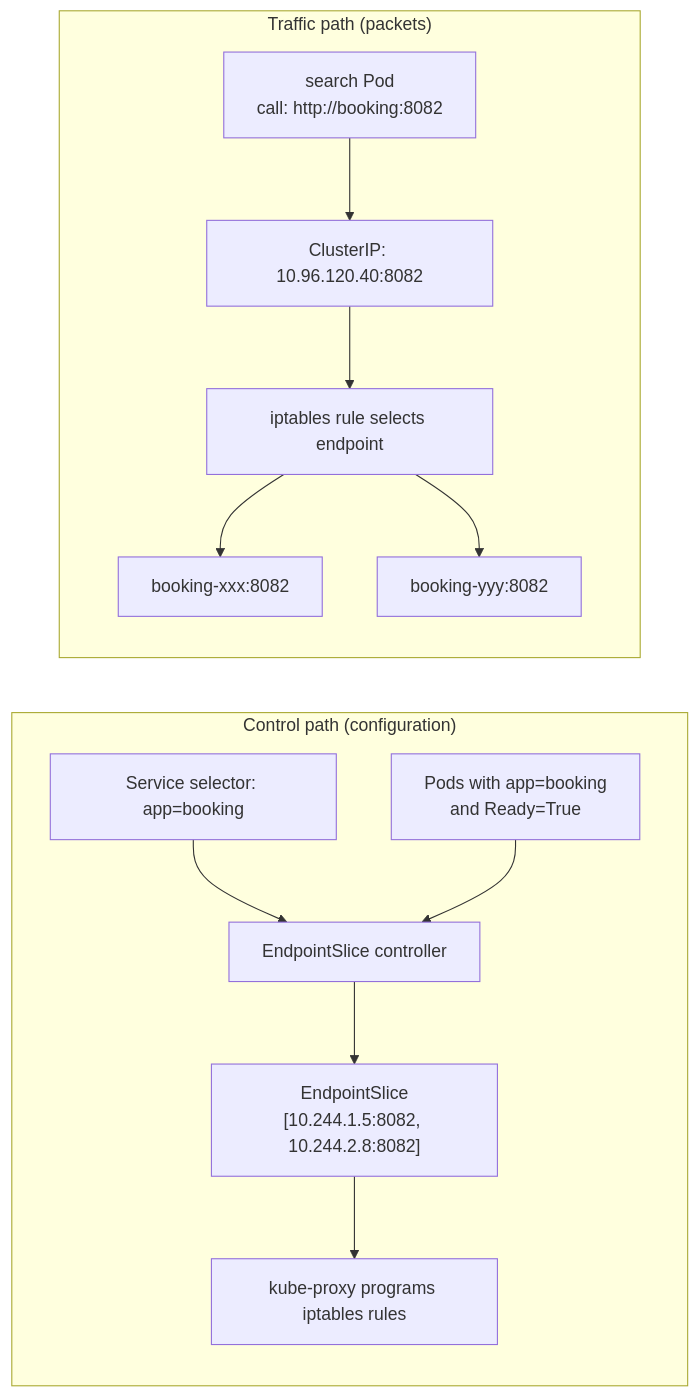
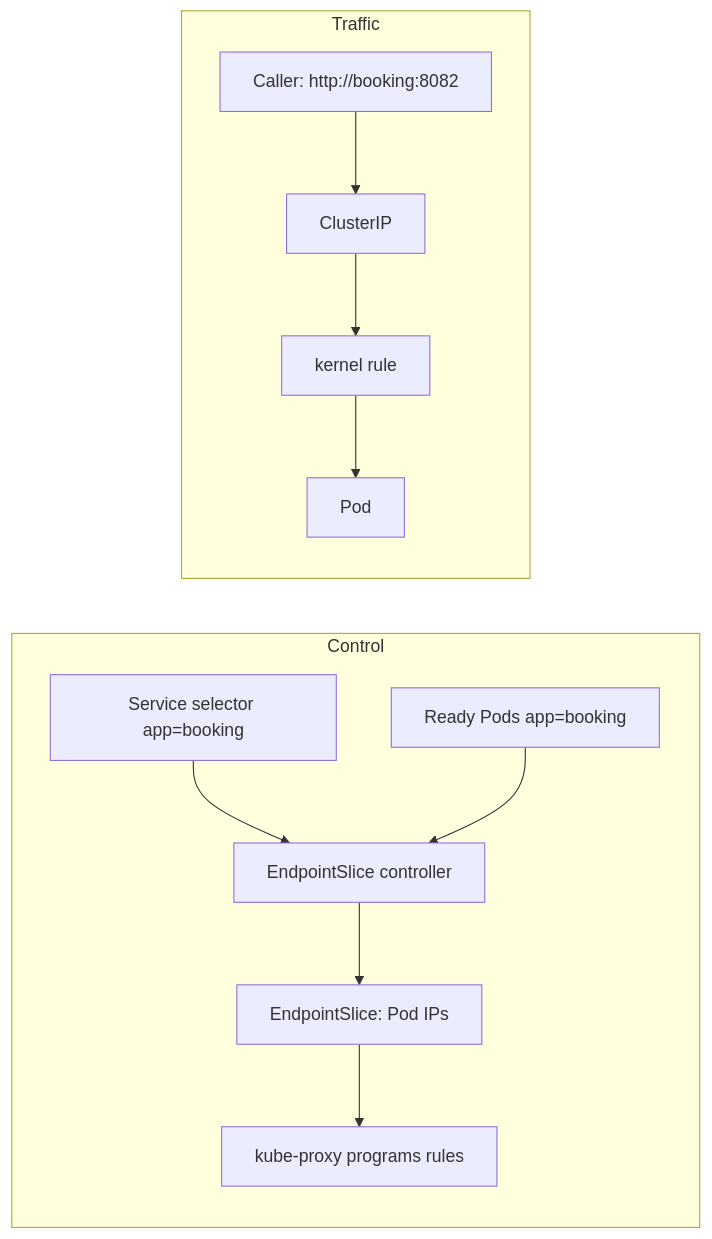
Before and after one commit to darshan-raul/apollo11-docs: the diagram in docs/learn/workloads/services-and-readiness.md, drawn with Mermaid. The commit also changed other lines of this file and 55 other files, not shown here.

````diff
--- a/docs/learn/workloads/services-and-readiness.md
+++ b/docs/learn/workloads/services-and-readiness.md
@@ -26,15 +19,12 @@
-~~~mermaid
+```mermaid
 flowchart LR
-  subgraph ControlPath["Control path (configuration)"]
-    SVC["Service selector: app=booking"] --> ESC["EndpointSlice controller"]
-    Pods["Pods with app=booking\nand Ready=True"] --> ESC
-    ESC --> EPS["EndpointSlice\n[10.244.1.5:8082, 10.244.2.8:8082]"]
-    EPS --> KP["kube-proxy programs iptables rules"]
+  subgraph Control
+    SVC[Service selector app=booking] --> ESC[EndpointSlice controller]
+    Pods[Ready Pods app=booking] --> ESC
+    ESC --> EPS[EndpointSlice: Pod IPs]
+    EPS --> KP[kube-proxy programs rules]
   end
-  subgraph TrafficPath["Traffic path (packets)"]
-    Client["search Pod\ncall: http://booking:8082"] --> VIP["ClusterIP: 10.96.120.40:8082"]
-    VIP --> Rule["iptables rule selects endpoint"]
-    Rule --> Pod1["booking-xxx:8082"]
-    Rule --> Pod2["booking-yyy:8082"]
+  subgraph Traffic
+    C[Caller: http://booking:8082] --> VIP[ClusterIP] --> Rule[kernel rule] --> Pod
   end
-~~~
+```
````
